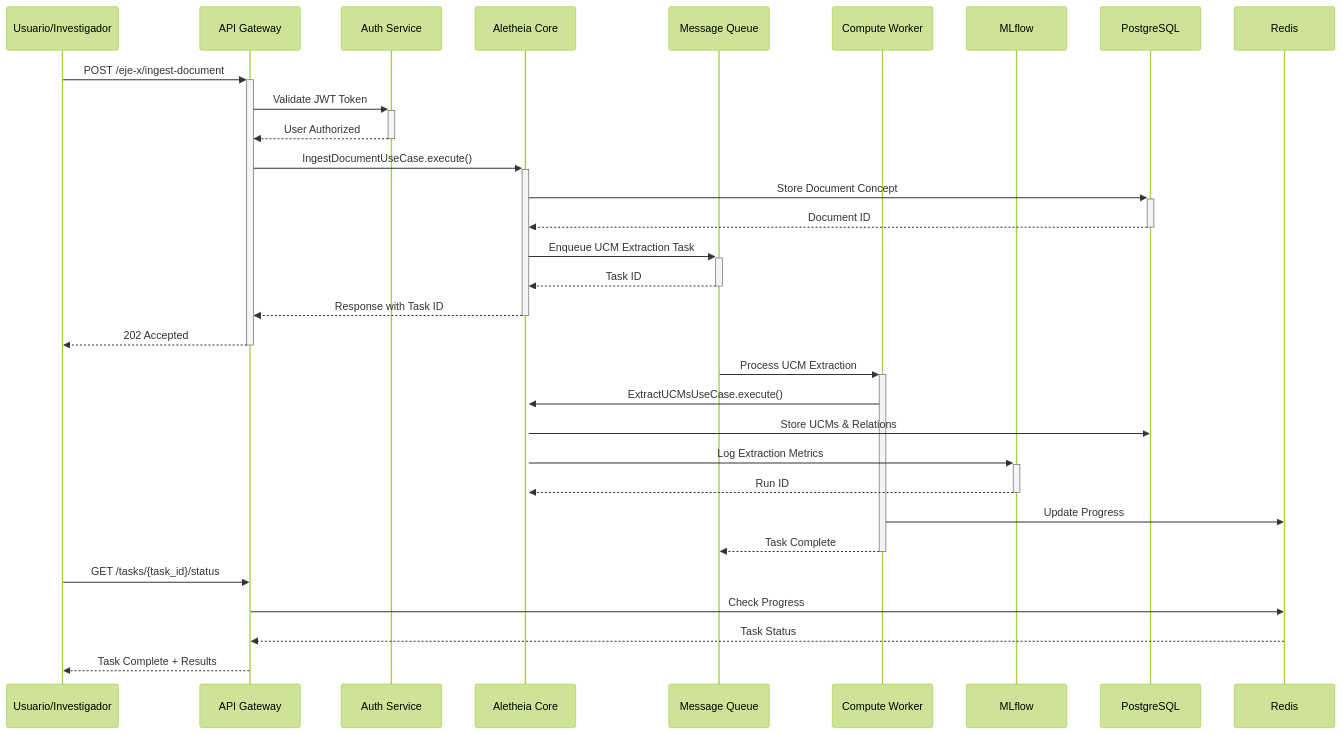
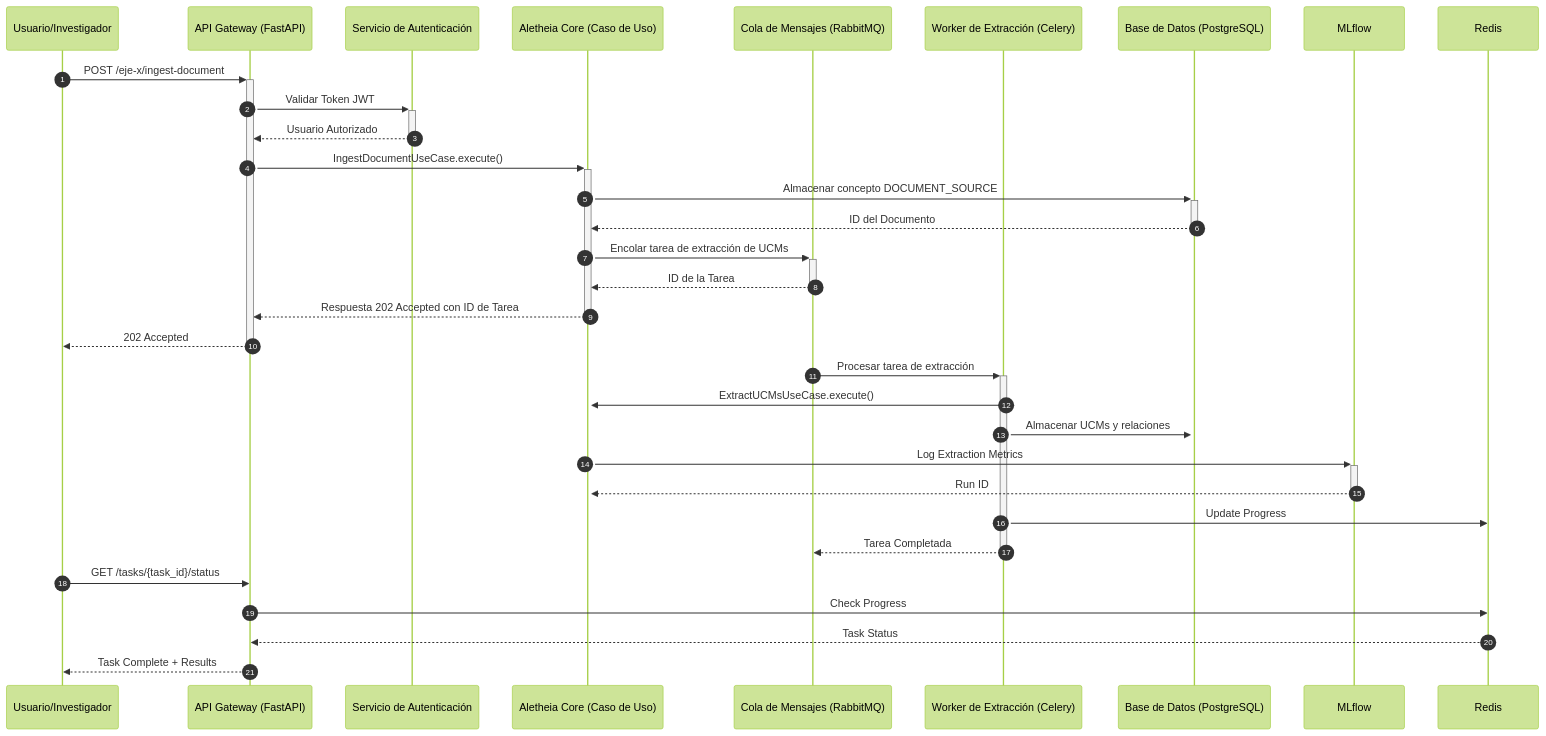
The sixth of 8 diagrams in README.md (SunNeurotron/Aletheia), drawn with Mermaid (forest theme) before and after one commit. The commit also changed other lines of this file, not shown here.

````diff
--- a/README.md
+++ b/README.md
@@ -211,39 +505,40 @@
 ```mermaid
 sequenceDiagram
+    autonumber
     participant User as Usuario/Investigador
-    participant API as API Gateway
-    participant Auth as Auth Service
-    participant Core as Aletheia Core
-    participant Queue as Message Queue
-    participant Worker as Compute Worker
+    participant API as API Gateway (FastAPI)
+    participant Auth as Servicio de Autenticación
+    participant Core as Aletheia Core (Caso de Uso)
+    participant Queue as Cola de Mensajes (RabbitMQ)
+    participant Worker as Worker de Extracción (Celery)
+    participant DB as Base de Datos (PostgreSQL)
     participant ML as MLflow
-    participant DB as PostgreSQL
     participant Cache as Redis
 
     User->>+API: POST /eje-x/ingest-document
-    API->>+Auth: Validate JWT Token
-    Auth-->>-API: User Authorized
+    API->>+Auth: Validar Token JWT
+    Auth-->>-API: Usuario Autorizado
 
     API->>+Core: IngestDocumentUseCase.execute()
-    Core->>+DB: Store Document Concept
-    DB-->>-Core: Document ID
+    Core->>+DB: Almacenar concepto DOCUMENT_SOURCE
+    DB-->>-Core: ID del Documento
 
-    Core->>+Queue: Enqueue UCM Extraction Task
-    Queue-->>-Core: Task ID
-    Core-->>-API: Response with Task ID
+    Core->>+Queue: Encolar tarea de extracción de UCMs
+    Queue-->>-Core: ID de la Tarea
+    Core-->>-API: Respuesta 202 Accepted con ID de Tarea
     API-->>-User: 202 Accepted
 
-    Queue->>+Worker: Process UCM Extraction
+    Queue->>+Worker: Procesar tarea de extracción
     Worker->>+Core: ExtractUCMsUseCase.execute()
-    Core->>DB: Store UCMs & Relations
+    Worker->>+DB: Almacenar UCMs y relaciones
     Core->>+ML: Log Extraction Metrics
     ML-->>-Core: Run ID
 
     Worker->>Cache: Update Progress
-    Worker-->>-Queue: Task Complete
+    Worker-->>-Queue: Tarea Completada
 
     User->>API: GET /tasks/{task_id}/status
     API->>Cache: Check Progress
     Cache-->>API: Task Status
     API-->>User: Task Complete + Results
 ```
````
